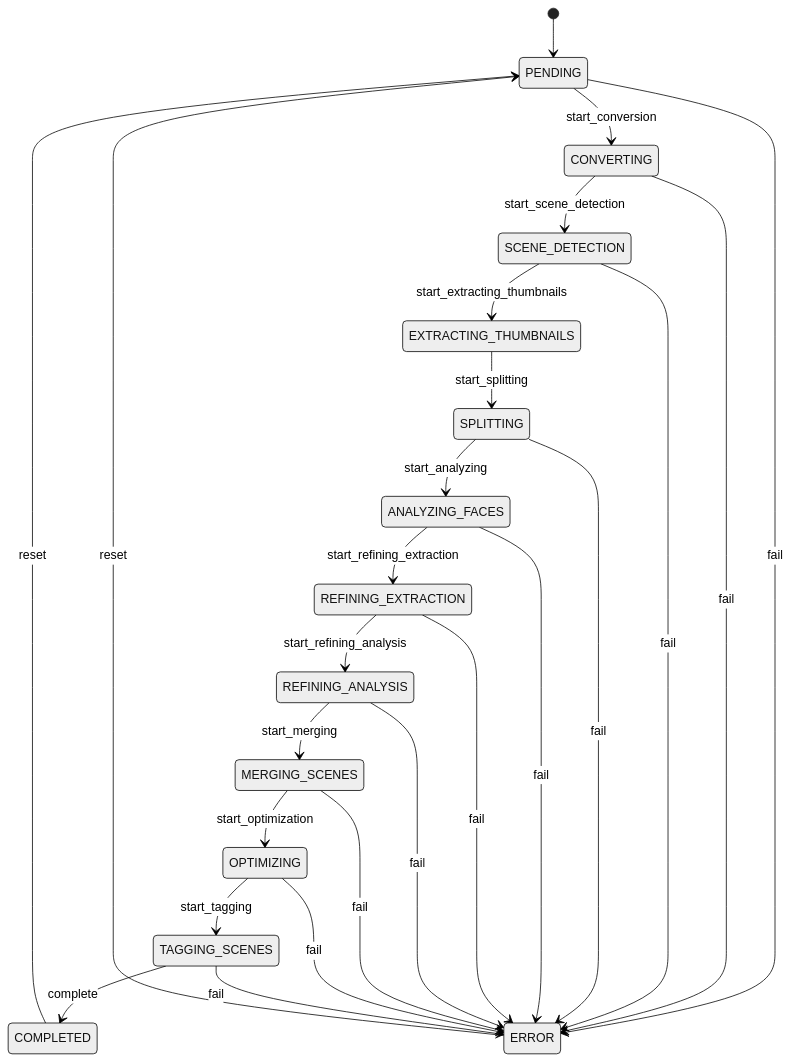
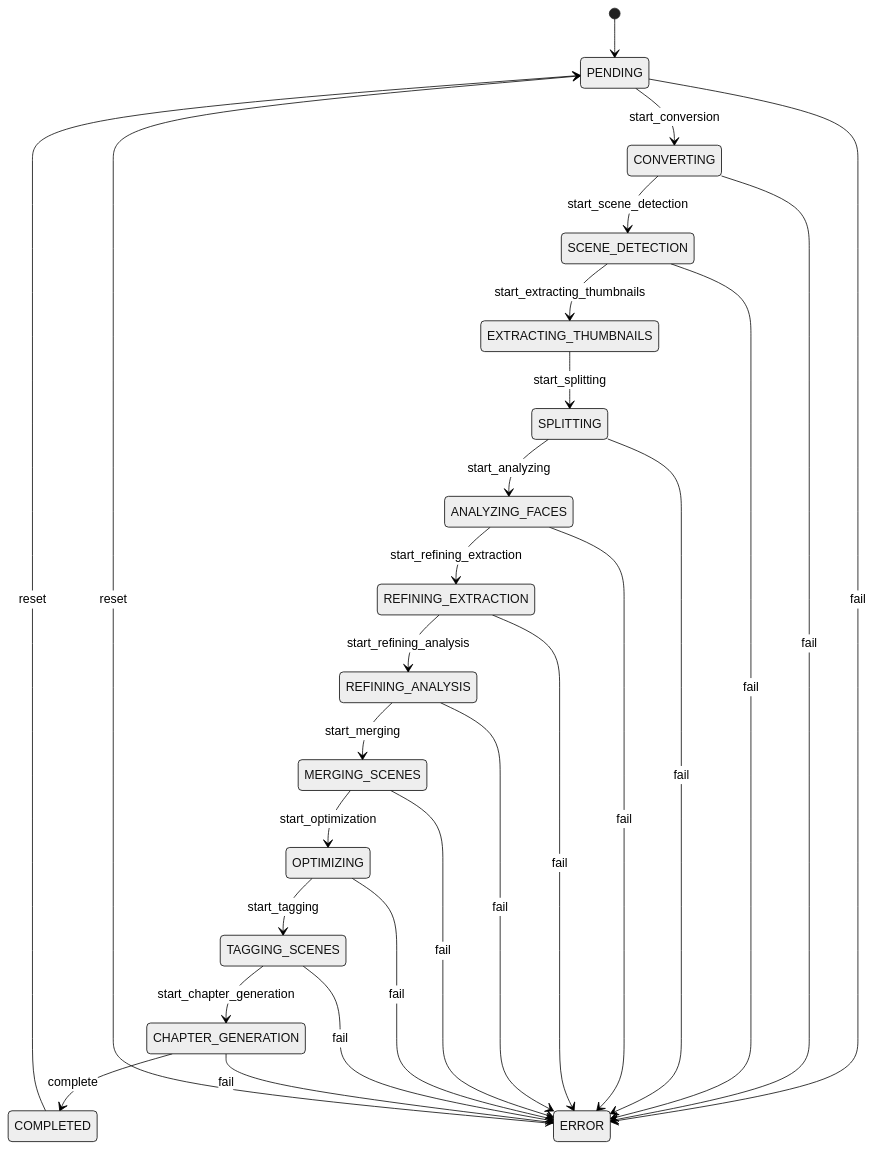
The diagram in documentation/video_workflow.md (rextuus/momentary), drawn with Mermaid (neutral theme) before and after one commit. The commit also changed other lines of this file and 13 other files, not shown here.

````diff
--- a/documentation/video_workflow.md
+++ b/documentation/video_workflow.md
@@ -27,34 +28,36 @@
 ```mermaid
 stateDiagram-v2
     [*] --> PENDING
     PENDING --> CONVERTING : start_conversion
     
     CONVERTING --> SCENE_DETECTION : start_scene_detection
     
     SCENE_DETECTION --> EXTRACTING_THUMBNAILS : start_extracting_thumbnails
     EXTRACTING_THUMBNAILS --> SPLITTING : start_splitting
     SPLITTING --> ANALYZING_FACES : start_analyzing
     ANALYZING_FACES --> REFINING_EXTRACTION : start_refining_extraction
     REFINING_EXTRACTION --> REFINING_ANALYSIS : start_refining_analysis
     REFINING_ANALYSIS --> MERGING_SCENES : start_merging
     
     MERGING_SCENES --> OPTIMIZING : start_optimization
     OPTIMIZING --> TAGGING_SCENES : start_tagging
-    TAGGING_SCENES --> COMPLETED : complete
+    TAGGING_SCENES --> CHAPTER_GENERATION : start_chapter_generation
+    CHAPTER_GENERATION --> COMPLETED : complete
     
     %% Fehlerbehandlung
     PENDING --> ERROR : fail
     CONVERTING --> ERROR : fail
     SCENE_DETECTION --> ERROR : fail
     SPLITTING --> ERROR : fail
     ANALYZING_FACES --> ERROR : fail
     REFINING_EXTRACTION --> ERROR : fail
     REFINING_ANALYSIS --> ERROR : fail
     MERGING_SCENES --> ERROR : fail
     OPTIMIZING --> ERROR : fail
     TAGGING_SCENES --> ERROR : fail
+    CHAPTER_GENERATION --> ERROR : fail
     
     %% Rücksprünge (vereinfacht)
     COMPLETED --> PENDING : reset
     ERROR --> PENDING : reset
 ```
````
